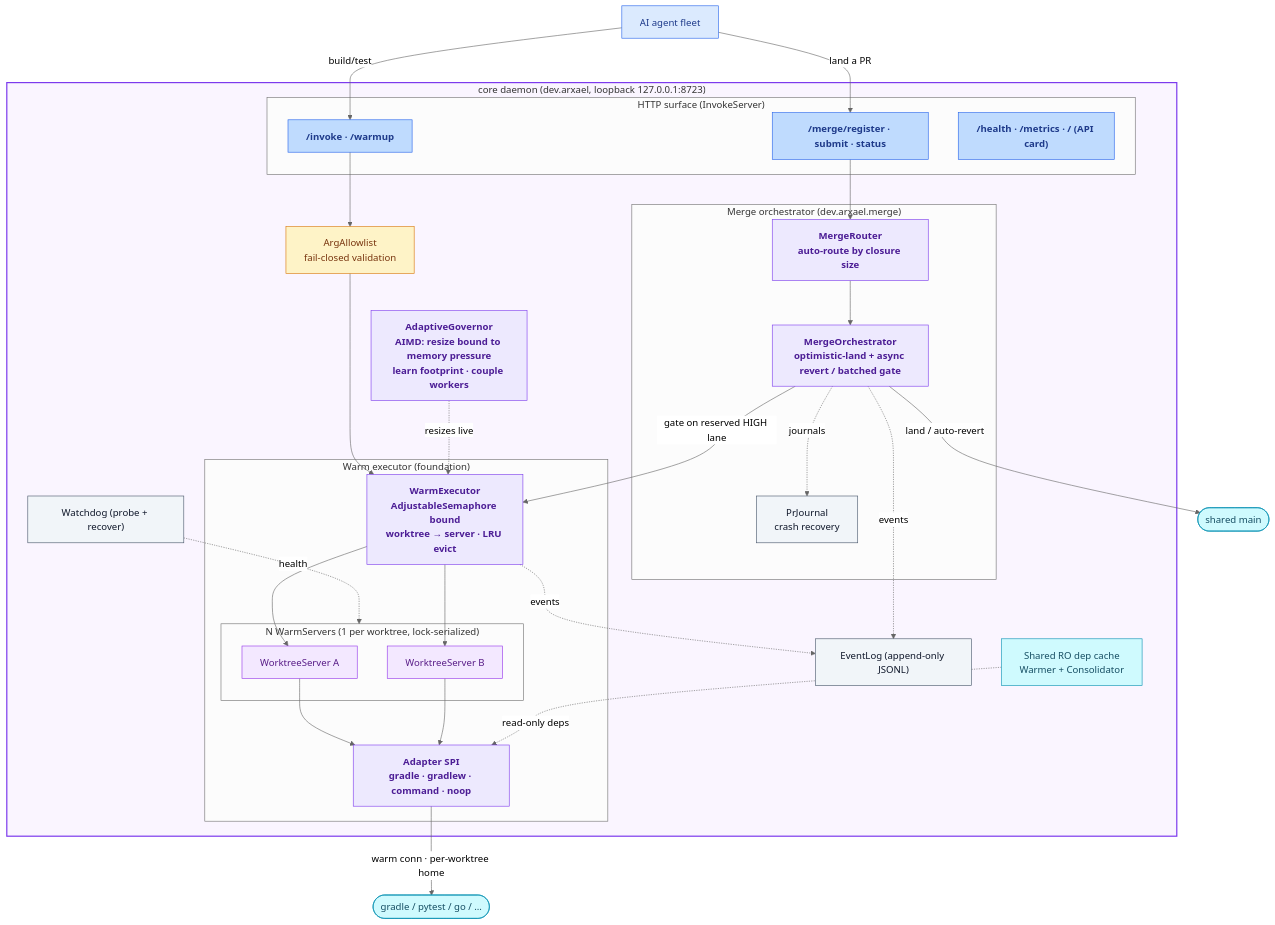
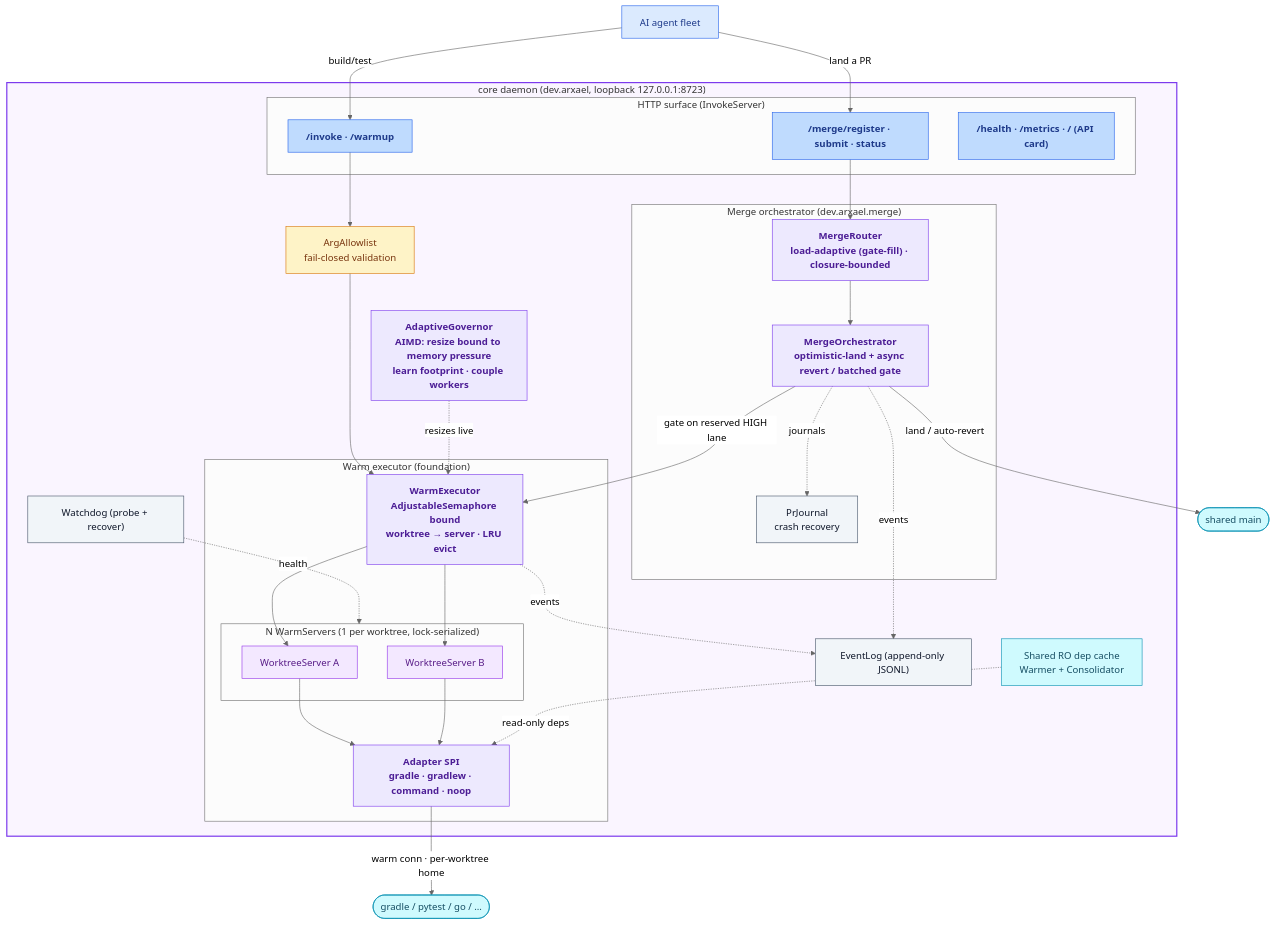
One commit to alexanderpaquette-byte/arxael changed the eighth of 9 diagrams in docs/OVERVIEW.md. Above: the diagram before and after it, drawn with Mermaid (neutral theme). The commit also changed other lines of this file and 31 other files, not shown here.

First line of the commit message:
v1.1.2 — self-tuning merge routing (balanced/auto adapts to load, box, config)

````diff
--- a/docs/OVERVIEW.md
+++ b/docs/OVERVIEW.md
@@ -233,58 +225,58 @@
 ```mermaid
 flowchart TB
     fleet["AI agent fleet"]:::agent
 
     subgraph daemon["core daemon  (dev.arxael, loopback 127.0.0.1:8723)"]
         subgraph api["HTTP surface (InvokeServer)"]
             rbuild["/invoke · /warmup"]:::entry
             rmerge["/merge/register · submit · status"]:::entry
             robs["/health · /metrics · / (API card)"]:::entry
         end
         allow["ArgAllowlist<br/>fail-closed validation"]:::gate
 
         subgraph execlayer["Warm executor (foundation)"]
             exec["WarmExecutor<br/>AdjustableSemaphore bound<br/>worktree → server · LRU evict"]:::core
             subgraph servers["N WarmServers (1 per worktree, lock-serialized)"]
                 ws1["WorktreeServer A"]:::server
                 ws2["WorktreeServer B"]:::server
             end
             adapters["Adapter SPI<br/>gradle · gradlew · command · noop"]:::core
         end
 
         gov["AdaptiveGovernor<br/>AIMD: resize bound to memory pressure<br/>learn footprint · couple workers"]:::core
         depcache["Shared RO dep cache<br/>Warmer + Consolidator"]:::artifact
 
         subgraph mergelayer["Merge orchestrator (dev.arxael.merge)"]
-            router["MergeRouter<br/>auto-route by closure size"]:::core
+            router["MergeRouter<br/>load-adaptive (gate-fill) · closure-bounded"]:::core
             orch["MergeOrchestrator<br/>optimistic-land + async revert / batched gate"]:::core
             journal["PrJournal<br/>crash recovery"]:::aux
         end
 
         watchdog["Watchdog (probe + recover)"]:::aux
         eventlog["EventLog (append-only JSONL)"]:::aux
     end
 
     fleet -->|build/test| rbuild
     fleet -->|land a PR| rmerge
     rbuild --> allow --> exec
     exec --> ws1 & ws2 --> adapters
     adapters -->|"warm conn · per-worktree home"| build([gradle / pytest / go / …]):::artifact
     depcache -.read-only deps.-> adapters
     gov -.resizes live.-> exec
     rmerge --> router --> orch
     orch -->|gate on reserved HIGH lane| exec
     orch -.journals.-> journal
     orch -->|"land / auto-revert"| main([shared main]):::artifact
     watchdog -.health.-> servers
     exec -.events.-> eventlog
     orch -.events.-> eventlog
 
     style daemon fill:#faf5ff,stroke:#7c3aed,stroke-width:2px
     classDef agent fill:#dbeafe,stroke:#2563eb,color:#1e3a8a
     classDef entry fill:#bfdbfe,stroke:#2563eb,color:#1e3a8a,font-weight:bold
     classDef gate fill:#fef3c7,stroke:#d97706,color:#78350f
     classDef core fill:#ede9fe,stroke:#7c3aed,color:#4c1d95,font-weight:bold
     classDef server fill:#f3e8ff,stroke:#9333ea,color:#581c87
     classDef aux fill:#f1f5f9,stroke:#475569,color:#0f172a
     classDef artifact fill:#cffafe,stroke:#0891b2,color:#164e63
 ```
````
